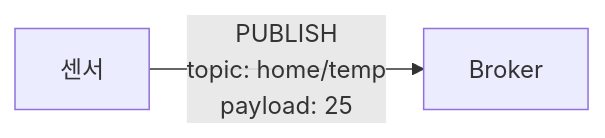
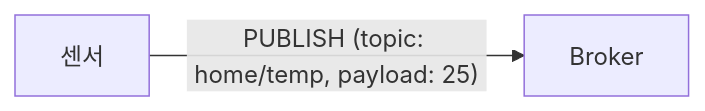
Before and after one commit to kenshin579/blog-v2.advenoh.pe.kr: the third of 5 diagrams in contents/database/mqtt-v5-완벽-가이드-1-입문과-기본-아키텍처/index.md, drawn with Mermaid. The commit also changed other lines of this file and 47 other files, not shown here.

````diff
--- a/contents/database/mqtt-v5-완벽-가이드-1-입문과-기본-아키텍처/index.md
+++ b/contents/database/mqtt-v5-완벽-가이드-1-입문과-기본-아키텍처/index.md
@@ -203,4 +189,4 @@
 ```mermaid
 flowchart LR
-    S["센서"] -->|"PUBLISH<br/>topic: home/temp<br/>payload: 25"| B[Broker]
+    S["센서"] -->|"PUBLISH (topic: home/temp, payload: 25)"| B[Broker]
 ```
````
